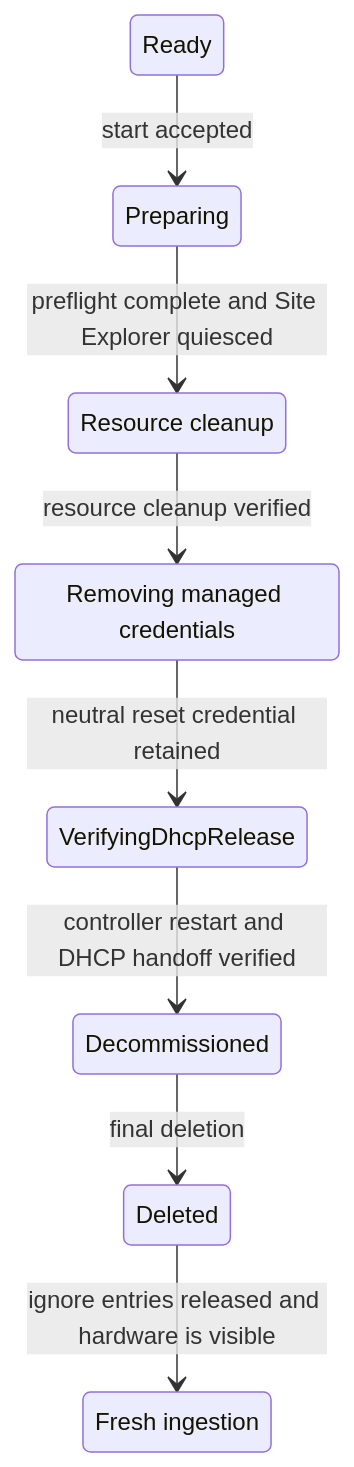
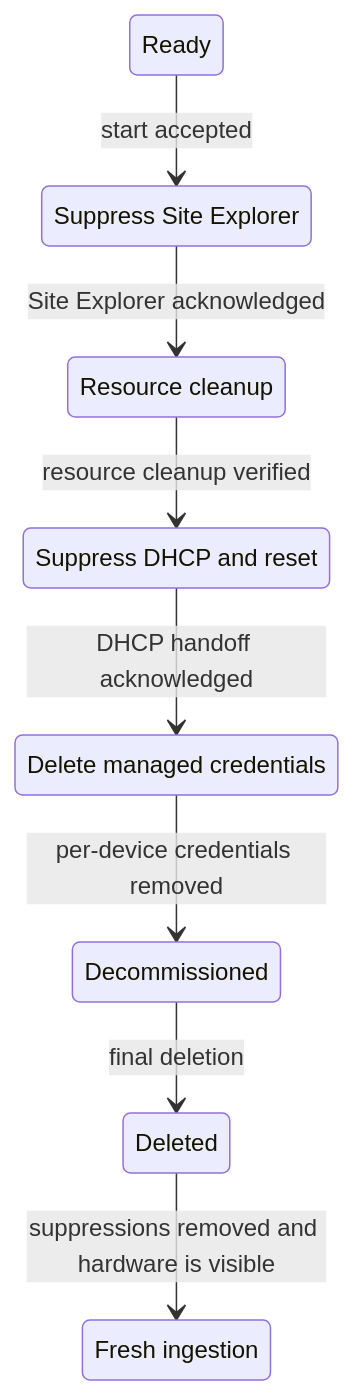
The first of 2 diagrams in docs/design/decommissioning/decommissioning-workflow.md (NVIDIA/bare-metal-manager-core), drawn with Mermaid before and after one commit. The commit also changed other lines of this file and 4 other files, not shown here.

````diff
--- a/docs/design/decommissioning/decommissioning-workflow.md
+++ b/docs/design/decommissioning/decommissioning-workflow.md
@@ -72,19 +79,19 @@
 ```mermaid
 stateDiagram-v2
     state "Ready" as Ready
-    state "Preparing" as Preparing
+    state "Suppress Site Explorer" as SuppressSE
     state "Resource cleanup" as Cleanup
-    state "Removing managed credentials" as RemovingCredentials
-    state "VerifyingDhcpRelease" as VerifyingDhcpRelease
+    state "Suppress DHCP and reset" as DhcpHandoff
+    state "Delete managed credentials" as DeleteCreds
     state "Decommissioned" as Decommissioned
     state "Deleted" as Deleted
     state "Fresh ingestion" as FreshIngestion
 
-    Ready --> Preparing : start accepted
-    Preparing --> Cleanup : preflight complete and Site Explorer quiesced
-    Cleanup --> RemovingCredentials : resource cleanup verified
-    RemovingCredentials --> VerifyingDhcpRelease : neutral reset credential retained
-    VerifyingDhcpRelease --> Decommissioned : controller restart and DHCP handoff verified
+    Ready --> SuppressSE : start accepted
+    SuppressSE --> Cleanup : Site Explorer acknowledged
+    Cleanup --> DhcpHandoff : resource cleanup verified
+    DhcpHandoff --> DeleteCreds : DHCP handoff acknowledged
+    DeleteCreds --> Decommissioned : per-device credentials removed
     Decommissioned --> Deleted : final deletion
-    Deleted --> FreshIngestion : ignore entries released and hardware is visible
+    Deleted --> FreshIngestion : suppressions removed and hardware is visible
 ```
````
